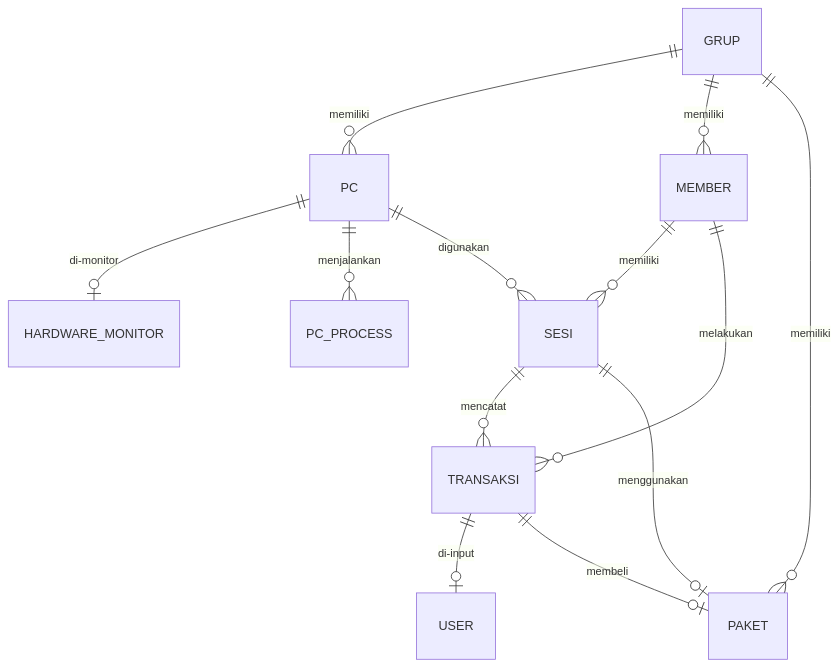
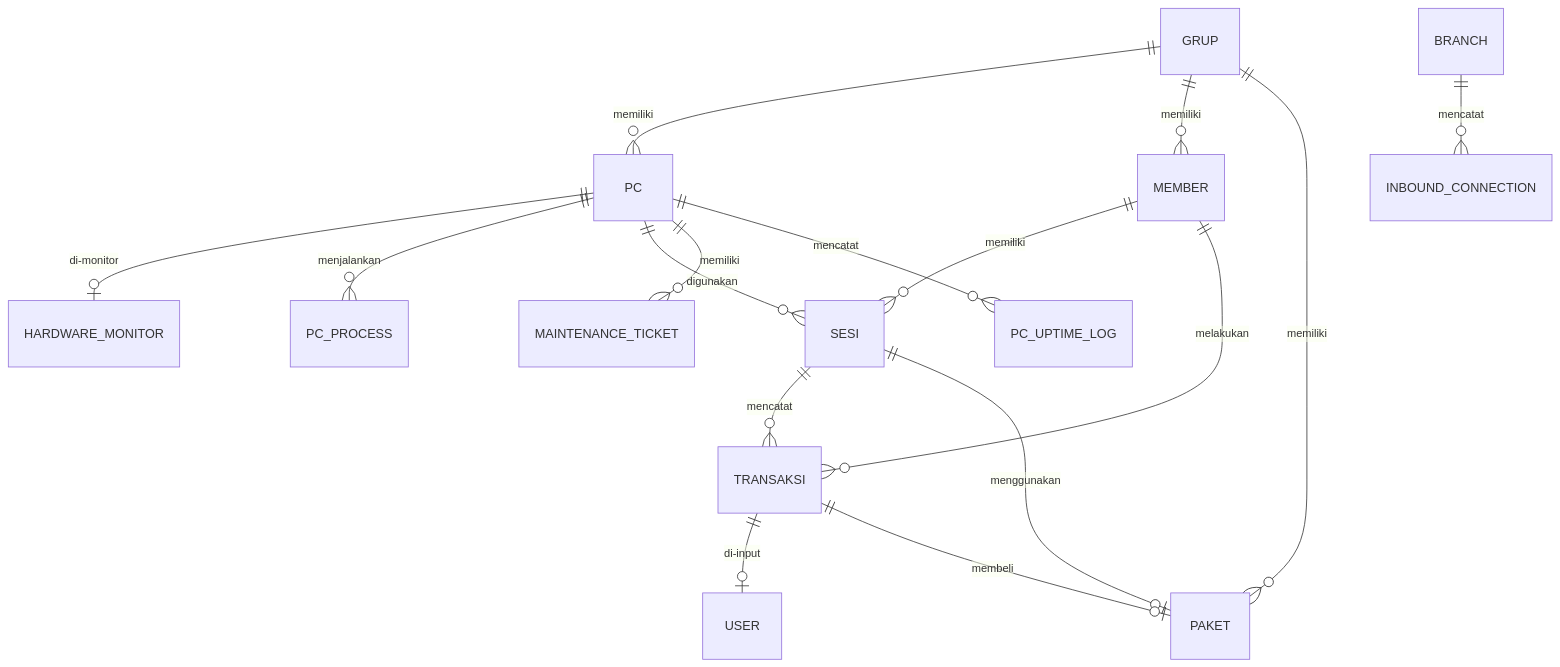
One commit to milanalfandiismail/TMBilling changed the sixth of 6 diagrams in docs/DIAGRAMS.md. Above: the diagram before and after it, drawn with Mermaid. The commit also changed other lines of this file and 230 other files, not shown here.

````diff
--- a/docs/DIAGRAMS.md
+++ b/docs/DIAGRAMS.md
@@ -169,15 +187,18 @@
 ```mermaid
 erDiagram
     GRUP ||--o{ PC : memiliki
     GRUP ||--o{ MEMBER : memiliki
     GRUP ||--o{ PAKET : memiliki
     PC ||--o| HARDWARE_MONITOR : "di-monitor"
     PC ||--o{ PC_PROCESS : menjalankan
     PC ||--o{ SESI : digunakan
+    PC ||--o{ MAINTENANCE_TICKET : memiliki
+    PC ||--o{ PC_UPTIME_LOG : mencatat
     MEMBER ||--o{ SESI : memiliki
     MEMBER ||--o{ TRANSAKSI : melakukan
     SESI ||--o{ TRANSAKSI : mencatat
     SESI ||--o| PAKET : menggunakan
     TRANSAKSI ||--o| USER : "di-input"
     TRANSAKSI ||--o| PAKET : membeli
+    BRANCH ||--o{ INBOUND_CONNECTION : mencatat
 ```
````
